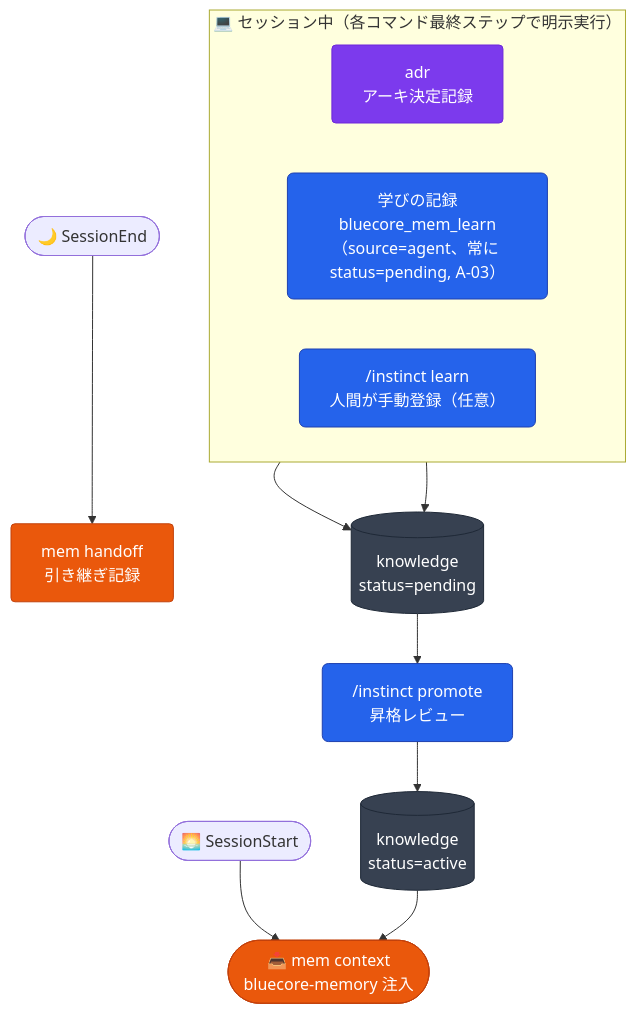
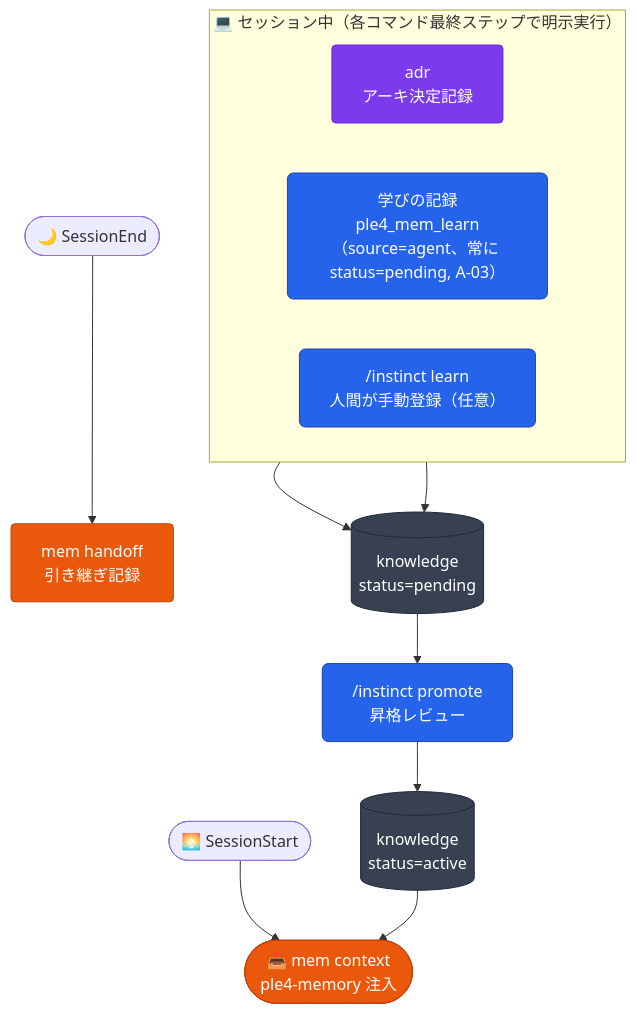
One commit to aokumablue/claq changed the eighth of 12 diagrams in README.md. Above: the diagram before and after it, drawn with Mermaid. The commit also changed other lines of this file and 307 other files, not shown here.

````diff
--- a/README.md
+++ b/README.md
@@ -389,25 +389,25 @@
 ```mermaid
 flowchart TD
   classDef cmd    fill:#2563eb,stroke:#1e40af,color:#fff,rx:6
   classDef auto   fill:#ea580c,stroke:#c2410c,color:#fff,rx:4
   classDef skill  fill:#7c3aed,stroke:#6d28d9,color:#fff,rx:4
   classDef store  fill:#374151,stroke:#1f2937,color:#fff,rx:4
 
-  SS(["🌅 SessionStart"]) --> MC(["📥 mem context<br/>bluecore-memory 注入"]):::auto
+  SS(["🌅 SessionStart"]) --> MC(["📥 mem context<br/>ple4-memory 注入"]):::auto
 
   subgraph session["💻 セッション中（各コマンド最終ステップで明示実行）"]
     direction LR
     SAD["adr<br/>アーキ決定記録"]:::skill
-    CW["学びの記録<br/>bluecore_mem_learn（source=agent、常に status=pending, A-03）"]:::cmd
+    CW["学びの記録<br/>ple4_mem_learn（source=agent、常に status=pending, A-03）"]:::cmd
     CA["/instinct learn<br/>人間が手動登録（任意）"]:::cmd
   end
 
   KA[("knowledge<br/>status=active")]:::store
   KA --> MC
 
   SE(["🌙 SessionEnd"]) --> SLE["mem handoff<br/>引き継ぎ記録"]:::auto
   CW --> PK[("knowledge<br/>status=pending")]:::store
   CA --> PK
   PK --> CI["/instinct promote<br/>昇格レビュー"]:::cmd
   CI --> KA
 ```
````
